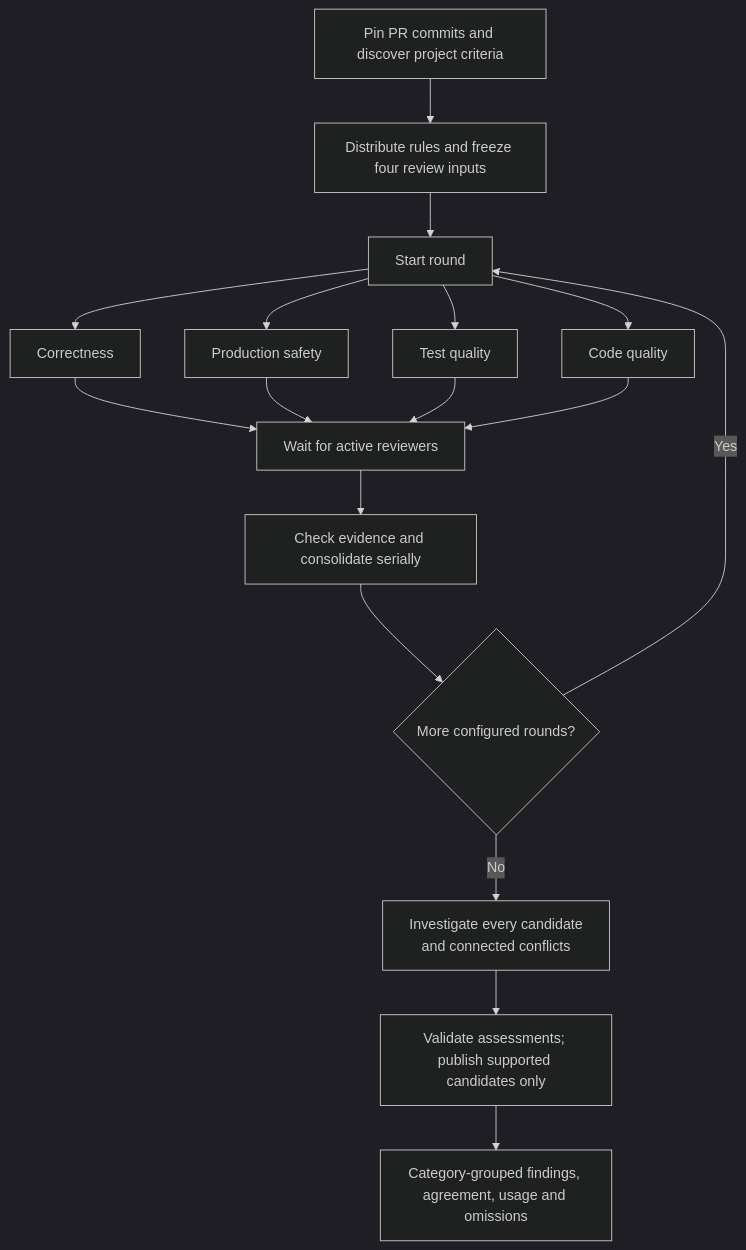
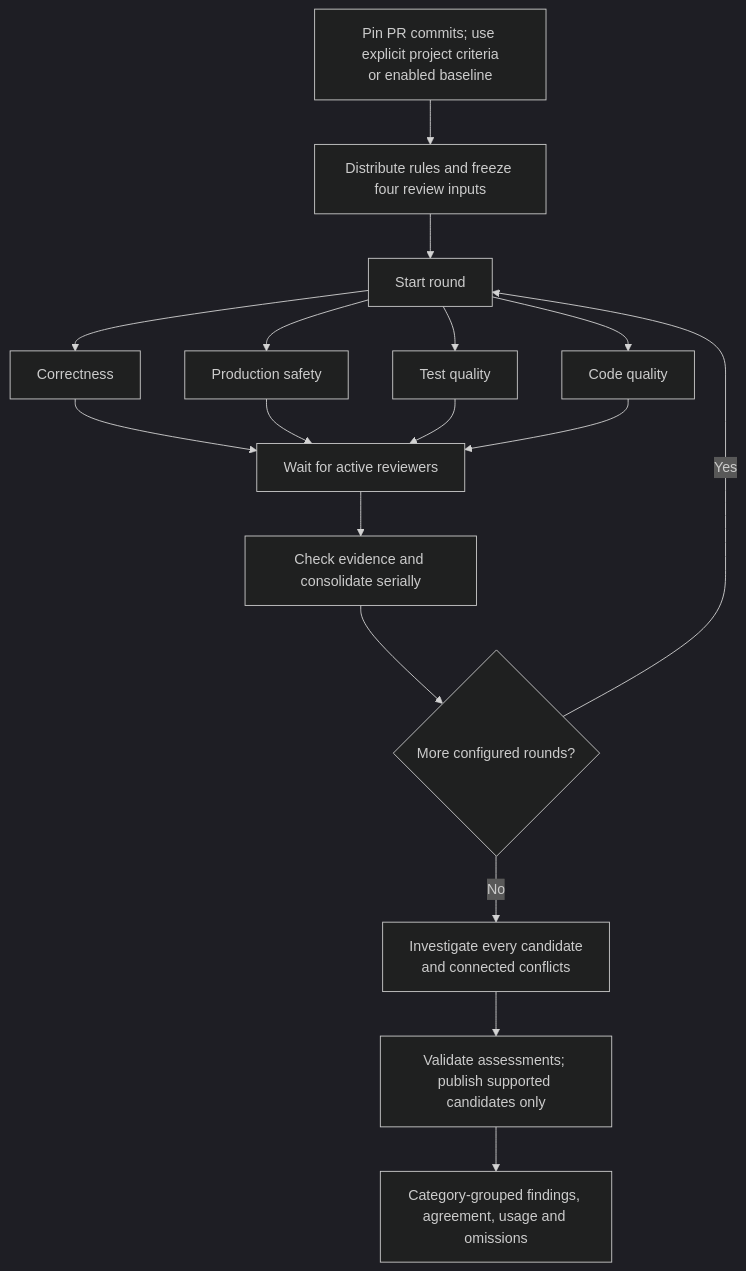
The diagram in README.md (sskelkar/code-reviewer), drawn with Mermaid (dark theme) before and after one commit. The commit also changed other lines of this file and 43 other files, not shown here.

First line of the commit message:
Use explicit project review criteria with automatic baseline fallback (#1)

````diff
--- a/README.md
+++ b/README.md
@@ -22,19 +22,19 @@
 ```mermaid
 flowchart TD
-    INPUT["Pin PR commits and discover project criteria"] --> ROUTE["Distribute rules and freeze four review inputs"]
+    INPUT["Pin PR commits; use explicit project criteria<br/>or enabled baseline"] --> ROUTE["Distribute rules and freeze four review inputs"]
     ROUTE --> ROUND["Start round"]
     ROUND --> C["Correctness"]
     ROUND --> S["Production safety"]
     ROUND --> T["Test quality"]
     ROUND --> Q["Code quality"]
     C --> WAIT["Wait for active reviewers"]
     S --> WAIT
     T --> WAIT
     Q --> WAIT
     WAIT --> MERGE["Check evidence and consolidate serially"]
     MERGE --> MORE{"More configured rounds?"}
     MORE -->|Yes| ROUND
     MORE -->|No| VERIFY["Investigate every candidate<br/>and connected conflicts"]
     VERIFY --> GATE["Validate assessments; publish supported candidates only"]
     GATE --> REPORT["Category-grouped findings, agreement, usage and omissions"]
 ```
````
